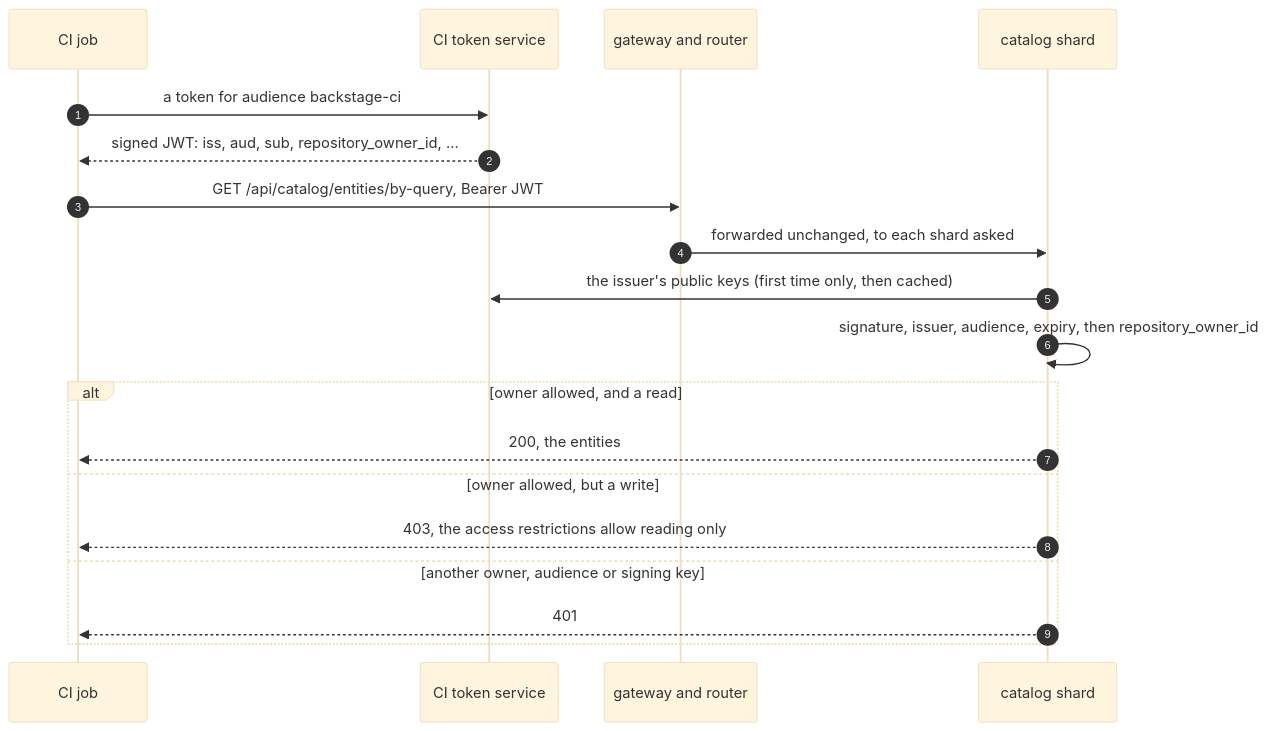
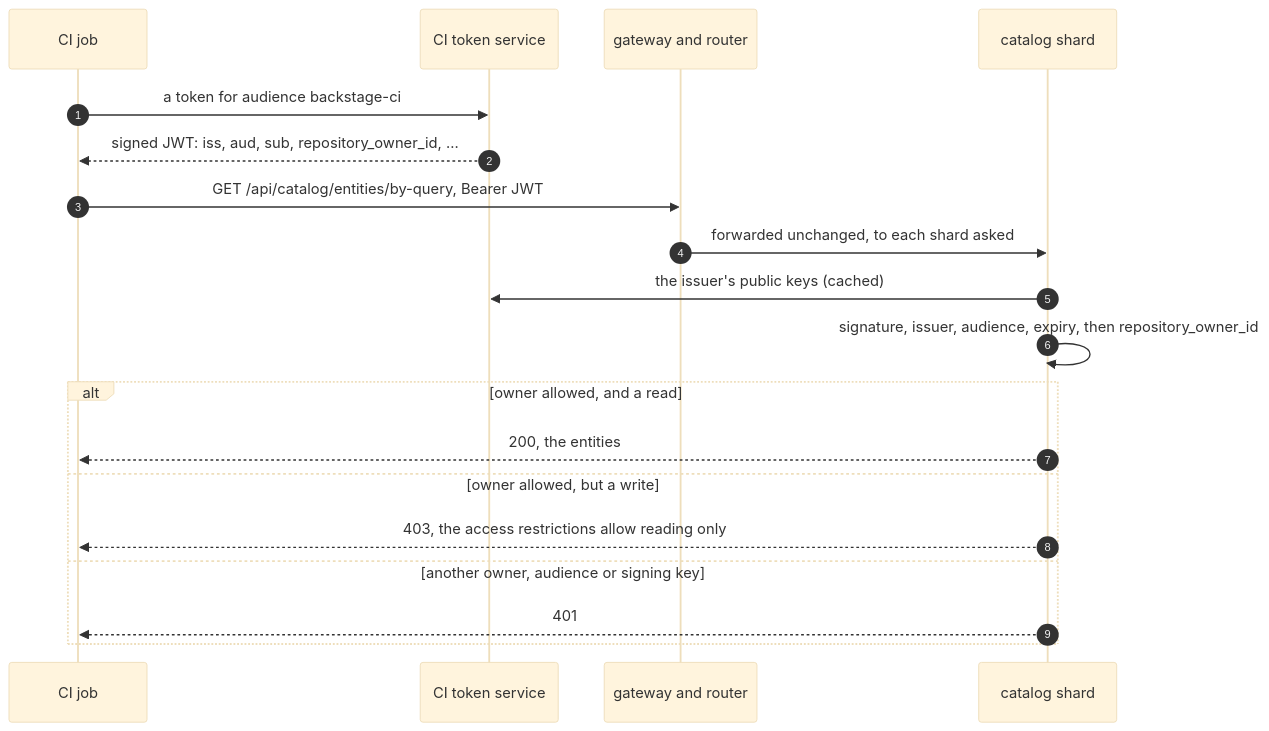
The seventh of 16 diagrams in backstage-split-backends/docs/GUIDE.md (rgardam/rgardam), drawn with Mermaid (base theme) before and after one commit. The commit also changed other lines of this file and 2 other files, not shown here.

````diff
--- a/backstage-split-backends/docs/GUIDE.md
+++ b/backstage-split-backends/docs/GUIDE.md
@@ -207,21 +212,21 @@
 ```mermaid
 sequenceDiagram
   autonumber
   participant J as CI job
   participant I as CI token service
   participant G as gateway and router
   participant S as catalog shard
   J->>I: a token for audience backstage-ci
   I-->>J: signed JWT: iss, aud, sub, repository_owner_id, ...
   J->>G: GET /api/catalog/entities/by-query, Bearer JWT
   G->>S: forwarded unchanged, to each shard asked
-  S->>I: the issuer's public keys (first time only, then cached)
+  S->>I: the issuer's public keys (cached)
   S->>S: signature, issuer, audience, expiry, then repository_owner_id
   alt owner allowed, and a read
     S-->>J: 200, the entities
   else owner allowed, but a write
     S-->>J: 403, the access restrictions allow reading only
   else another owner, audience or signing key
     S-->>J: 401
   end
 ```
````
